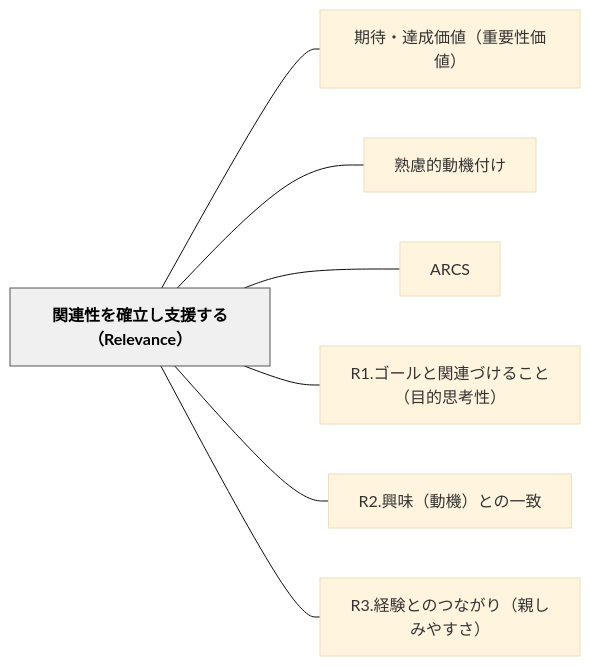
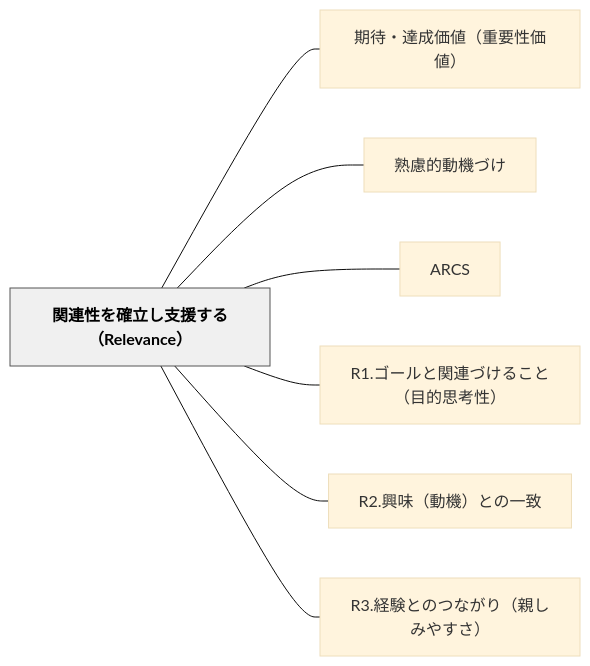
One commit to unknownthings-ed-patterns/unknownthings-ed-patterns changed the diagram in content/パタン/関連性を確立し支援する（Relevance）.md. Above: the diagram before and after it, drawn with Mermaid (base theme). The commit also changed other lines of this file and 234 other files, not shown here.

````diff
--- a/content/パタン/関連性を確立し支援する（Relevance）.md
+++ b/content/パタン/関連性を確立し支援する（Relevance）.md
@@ -37,20 +37,20 @@
 ```mermaid
 flowchart LR
     ne996a2e980a3e680a7e38292e7a2bae7ab8be38197e694afe68fb4e38199e3828befbc8852656c6576616e6365efbc89["関連性を確立し支援する（Relevance）"]
     ne69c9fe5be85e383bbe98194e68890e4bea1e580a4efbc88e9878de8a681e680a7e4bea1e580a4efbc89["期待・達成価値（重要性価値）"]
-    ne7869fe685aee79a84e58b95e6a99fe4bb98e38191["熟慮的動機付け"]
+    ne7869fe685aee79a84e58b95e6a99fe381a5e38191["熟慮的動機づけ"]
     n41524353["ARCS"]
     n52312ee382b4e383bce383abe381a8e996a2e980a3e381a5e38191e3828be38193e381a8efbc88e79baee79a84e6809de88083e680a7efbc89["R1.ゴールと関連づけること（目的思考性）"]
     n52322ee88888e591b3efbc88e58b95e6a99fefbc89e381a8e381aee4b880e887b4["R2.興味（動機）との一致"]
     n52332ee7b58ce9a893e381a8e381aee381a4e381aae3818ce3828aefbc88e8a6aae38197e381bfe38284e38199e38195efbc89["R3.経験とのつながり（親しみやすさ）"]
 
     ne996a2e980a3e680a7e38292e7a2bae7ab8be38197e694afe68fb4e38199e3828befbc8852656c6576616e6365efbc89 --- ne69c9fe5be85e383bbe98194e68890e4bea1e580a4efbc88e9878de8a681e680a7e4bea1e580a4efbc89
-    ne996a2e980a3e680a7e38292e7a2bae7ab8be38197e694afe68fb4e38199e3828befbc8852656c6576616e6365efbc89 --- ne7869fe685aee79a84e58b95e6a99fe4bb98e38191
+    ne996a2e980a3e680a7e38292e7a2bae7ab8be38197e694afe68fb4e38199e3828befbc8852656c6576616e6365efbc89 --- ne7869fe685aee79a84e58b95e6a99fe381a5e38191
     ne996a2e980a3e680a7e38292e7a2bae7ab8be38197e694afe68fb4e38199e3828befbc8852656c6576616e6365efbc89 --- n41524353
     ne996a2e980a3e680a7e38292e7a2bae7ab8be38197e694afe68fb4e38199e3828befbc8852656c6576616e6365efbc89 --- n52312ee382b4e383bce383abe381a8e996a2e980a3e381a5e38191e3828be38193e381a8efbc88e79baee79a84e6809de88083e680a7efbc89
     ne996a2e980a3e680a7e38292e7a2bae7ab8be38197e694afe68fb4e38199e3828befbc8852656c6576616e6365efbc89 --- n52322ee88888e591b3efbc88e58b95e6a99fefbc89e381a8e381aee4b880e887b4
     ne996a2e980a3e680a7e38292e7a2bae7ab8be38197e694afe68fb4e38199e3828befbc8852656c6576616e6365efbc89 --- n52332ee7b58ce9a893e381a8e381aee381a4e381aae3818ce3828aefbc88e8a6aae38197e381bfe38284e38199e38195efbc89
 
     classDef hub fill:#f0f0f0,stroke:#555,color:#000,font-weight:bold
     class ne996a2e980a3e680a7e38292e7a2bae7ab8be38197e694afe68fb4e38199e3828befbc8852656c6576616e6365efbc89 hub
 ```
````
